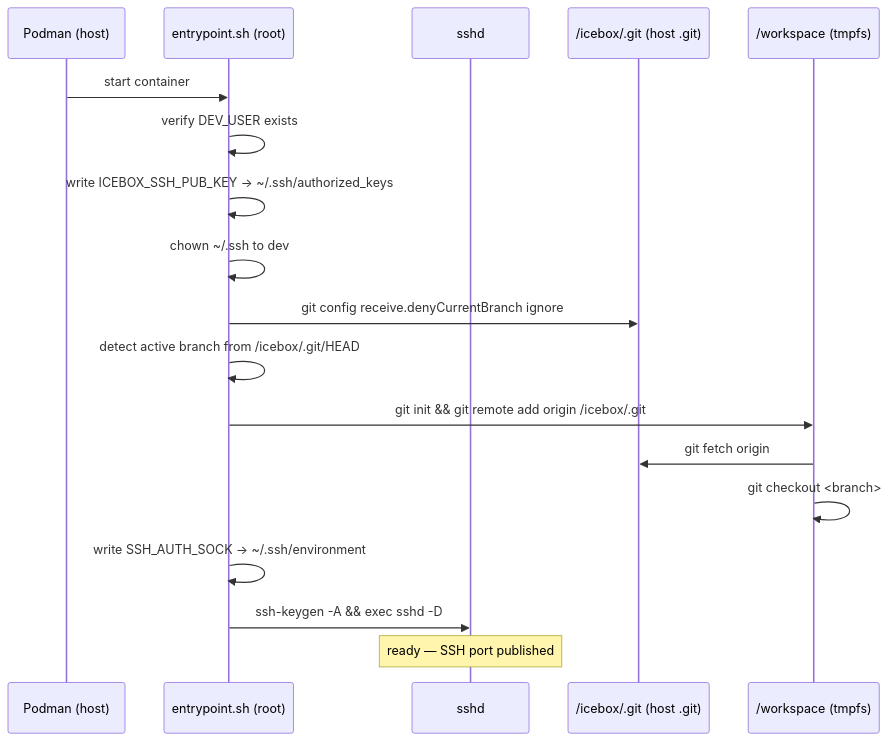
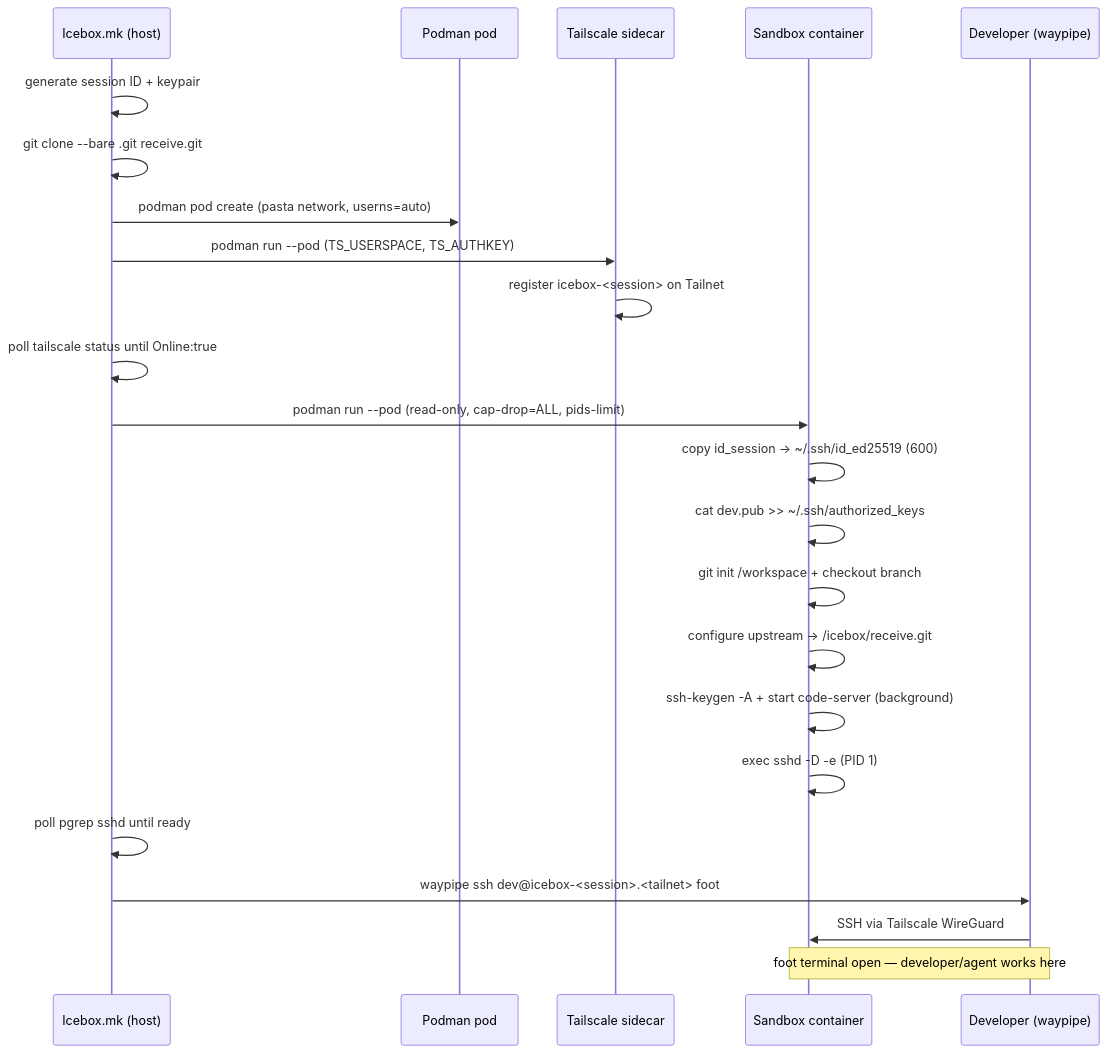
One commit to drusifer/icebox changed the diagram in USER_GUIDE.md. Above: the diagram before and after it, drawn with Mermaid. The commit also changed other lines of this file and 30 other files, not shown here.

````diff
--- a/USER_GUIDE.md
+++ b/USER_GUIDE.md
@@ -31,21 +35,26 @@
 ```mermaid
 sequenceDiagram
-    participant P as Podman (host)
-    participant E as entrypoint.sh (root)
-    participant S as sshd
-    participant G as /icebox/.git (host .git)
-    participant W as /workspace (tmpfs)
+    participant M as Icebox.mk (host)
+    participant P as Podman pod
+    participant T as Tailscale sidecar
+    participant S as Sandbox container
+    participant W as Developer (waypipe)
 
-    P->>E: start container
-    E->>E: verify DEV_USER exists
-    E->>E: write ICEBOX_SSH_PUB_KEY → ~/.ssh/authorized_keys
-    E->>E: chown ~/.ssh to dev
-    E->>G: git config receive.denyCurrentBranch ignore
-    E->>E: detect active branch from /icebox/.git/HEAD
-    E->>W: git init && git remote add origin /icebox/.git
-    W->>G: git fetch origin
-    W->>W: git checkout <branch>
-    E->>E: write SSH_AUTH_SOCK → ~/.ssh/environment
-    E->>S: ssh-keygen -A && exec sshd -D
-    Note over S: ready — SSH port published
+    M->>M: generate session ID + keypair
+    M->>M: git clone --bare .git receive.git
+    M->>P: podman pod create (pasta network, userns=auto)
+    M->>T: podman run --pod (TS_USERSPACE, TS_AUTHKEY)
+    T->>T: register icebox-<session> on Tailnet
+    M->>M: poll tailscale status until Online:true
+    M->>S: podman run --pod (read-only, cap-drop=ALL, pids-limit)
+    S->>S: copy id_session → ~/.ssh/id_ed25519 (600)
+    S->>S: cat dev.pub >> ~/.ssh/authorized_keys
+    S->>S: git init /workspace + checkout branch
+    S->>S: configure upstream → /icebox/receive.git
+    S->>S: ssh-keygen -A + start code-server (background)
+    S->>S: exec sshd -D -e (PID 1)
+    M->>M: poll pgrep sshd until ready
+    M->>W: waypipe ssh dev@icebox-<session>.<tailnet> foot
+    W->>S: SSH via Tailscale WireGuard
+    Note over W,S: foot terminal open — developer/agent works here
 ```
````
